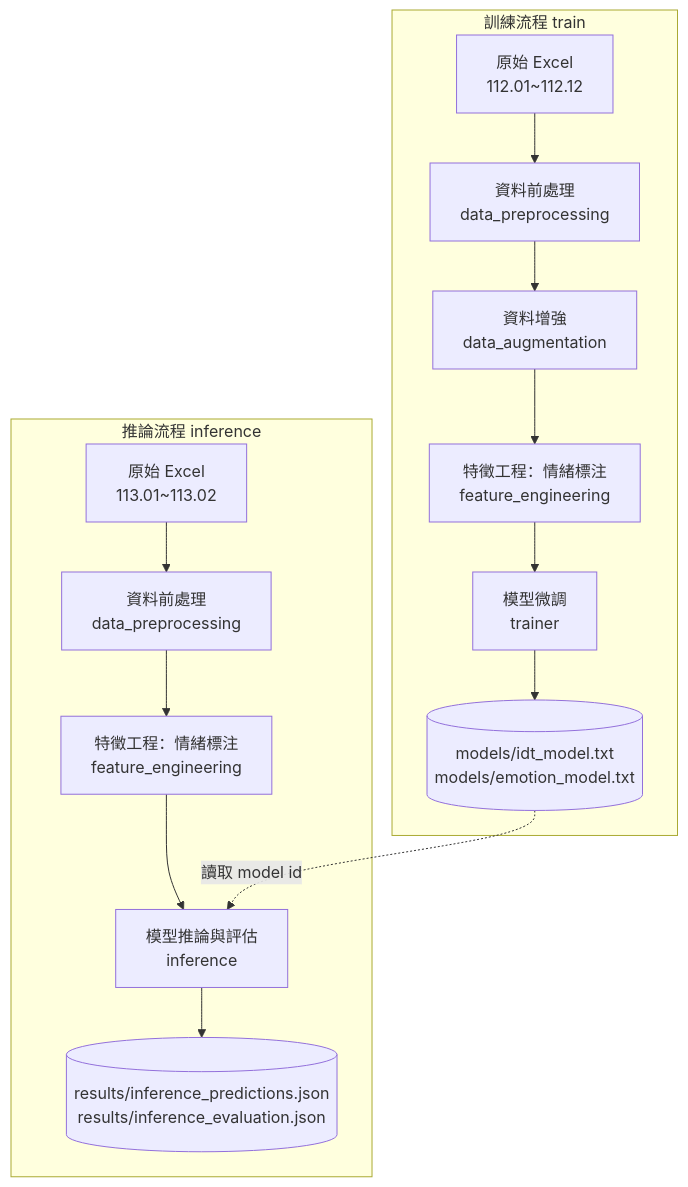
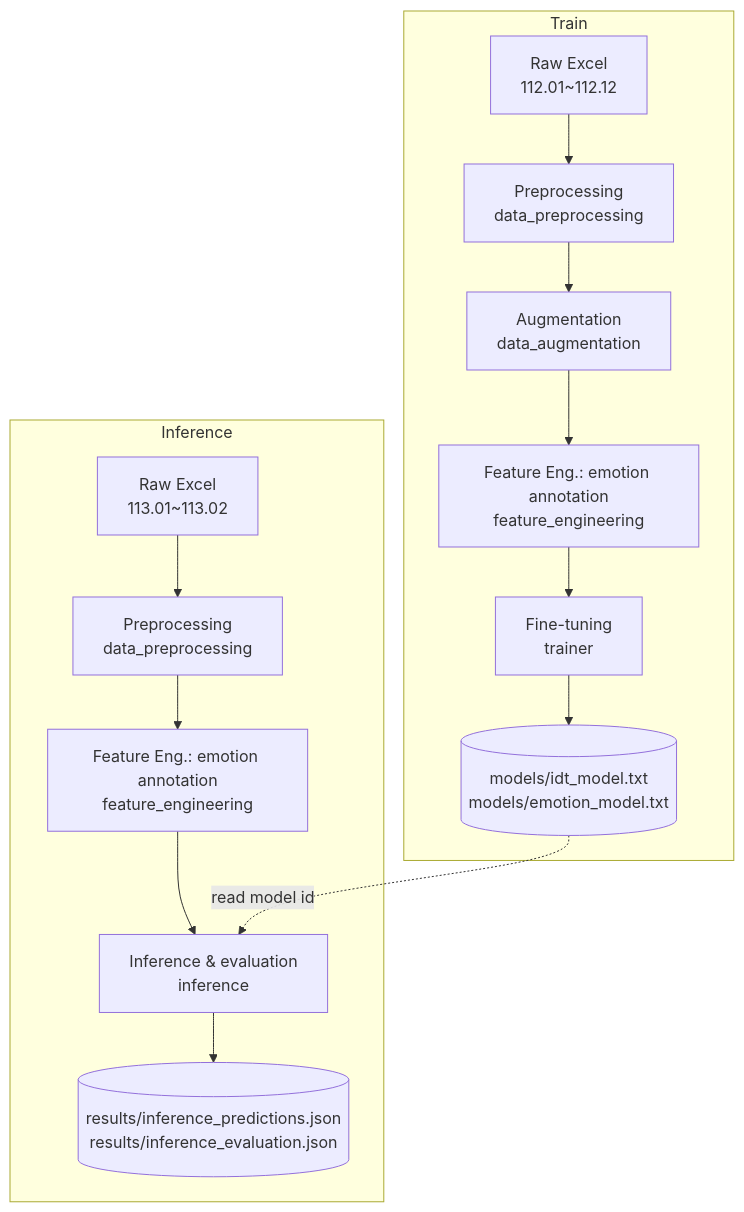
Before and after one commit to twcch/Medical-Incident-NLP: the diagram in README.md, drawn with Mermaid. The commit also changed other lines of this file, not shown here.

````diff
--- a/README.md
+++ b/README.md
@@ -41,18 +43,18 @@
 ```mermaid
 flowchart TD
-    subgraph 訓練流程 train
-        A1[原始 Excel<br/>112.01~112.12] --> A2[資料前處理<br/>data_preprocessing]
-        A2 --> A3[資料增強<br/>data_augmentation]
-        A3 --> A4[特徵工程：情緒標注<br/>feature_engineering]
-        A4 --> A5[模型微調<br/>trainer]
+    subgraph Train
+        A1[Raw Excel<br/>112.01~112.12] --> A2[Preprocessing<br/>data_preprocessing]
+        A2 --> A3[Augmentation<br/>data_augmentation]
+        A3 --> A4[Feature Eng.: emotion annotation<br/>feature_engineering]
+        A4 --> A5[Fine-tuning<br/>trainer]
         A5 --> A6[(models/idt_model.txt<br/>models/emotion_model.txt)]
     end
 
-    subgraph 推論流程 inference
-        B1[原始 Excel<br/>113.01~113.02] --> B2[資料前處理<br/>data_preprocessing]
-        B2 --> B3[特徵工程：情緒標注<br/>feature_engineering]
-        B3 --> B4[模型推論與評估<br/>inference]
-        A6 -.讀取 model id.-> B4
+    subgraph Inference
+        B1[Raw Excel<br/>113.01~113.02] --> B2[Preprocessing<br/>data_preprocessing]
+        B2 --> B3[Feature Eng.: emotion annotation<br/>feature_engineering]
+        B3 --> B4[Inference & evaluation<br/>inference]
+        A6 -.read model id.-> B4
         B4 --> B5[(results/inference_predictions.json<br/>results/inference_evaluation.json)]
     end
 ```
````
